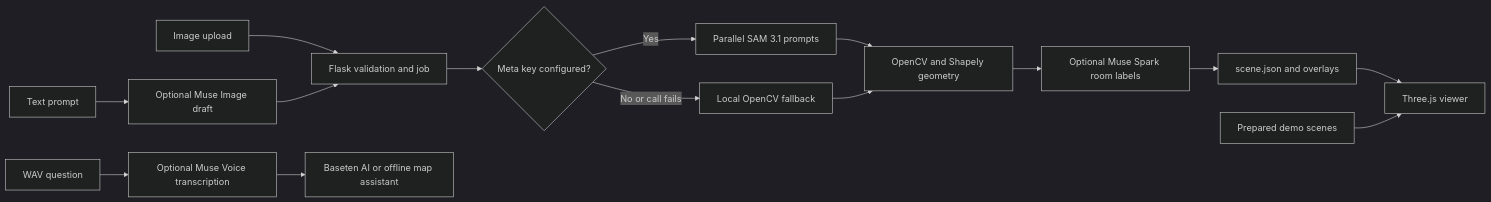
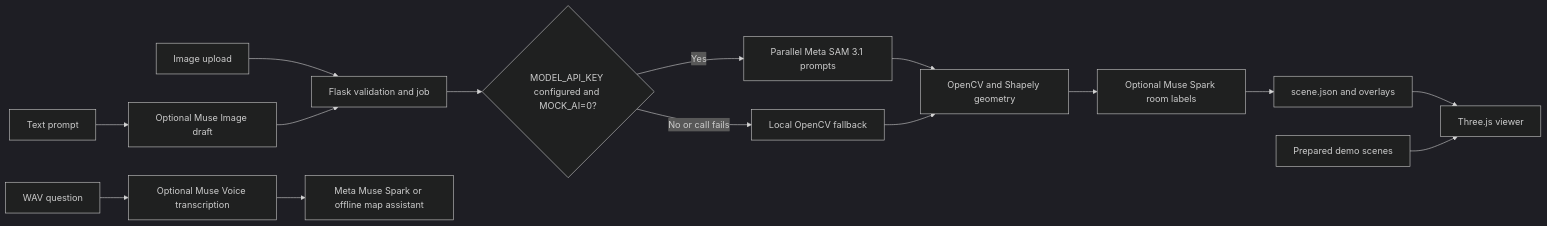
One commit to tanmaysandhu55/meta-hackathon-blueprint3d changed the diagram in README.md. Above: the diagram before and after it, drawn with Mermaid (dark theme). The commit also changed other lines of this file and 4 other files, not shown here.

````diff
--- a/README.md
+++ b/README.md
@@ -7,17 +7,17 @@
 ```mermaid
 flowchart LR
     A[Image upload] --> B[Flask validation and job]
-    B --> C{Meta key configured?}
-    C -->|Yes| D[Parallel SAM 3.1 prompts]
+    B --> C{MODEL_API_KEY configured and MOCK_AI=0?}
+    C -->|Yes| D[Parallel Meta SAM 3.1 prompts]
     C -->|No or call fails| E[Local OpenCV fallback]
     D --> F[OpenCV and Shapely geometry]
     E --> F
     F --> G[Optional Muse Spark room labels]
     G --> H[scene.json and overlays]
     H --> I[Three.js viewer]
     K[Text prompt] --> L[Optional Muse Image draft]
     L --> B
     M[WAV question] --> N[Optional Muse Voice transcription]
-    N --> O[Baseten AI or offline map assistant]
+    N --> O[Meta Muse Spark or offline map assistant]
     J[Prepared demo scenes] --> I
 ```
````
